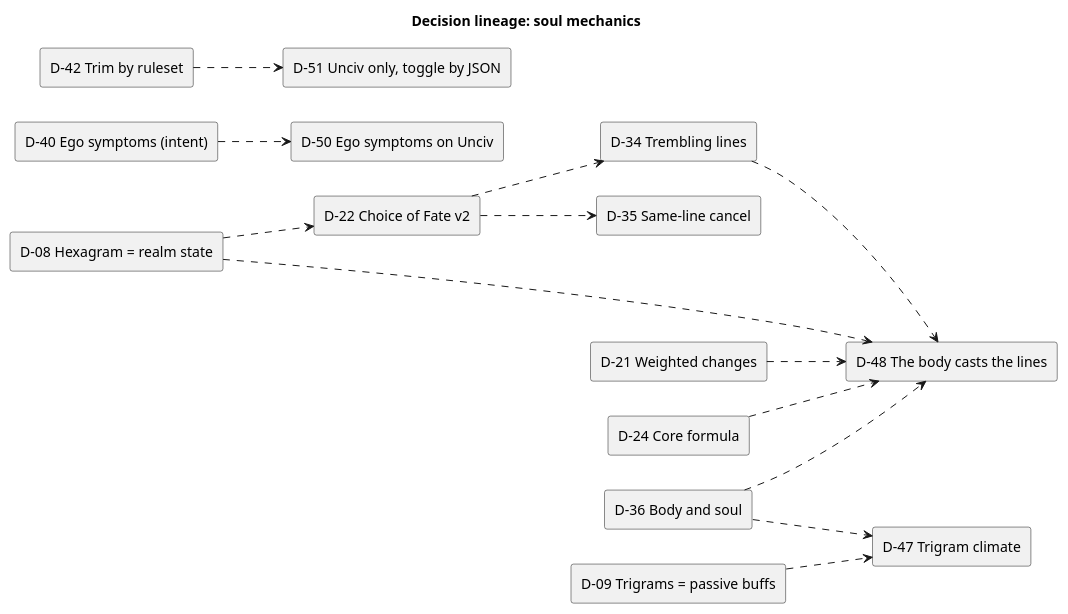
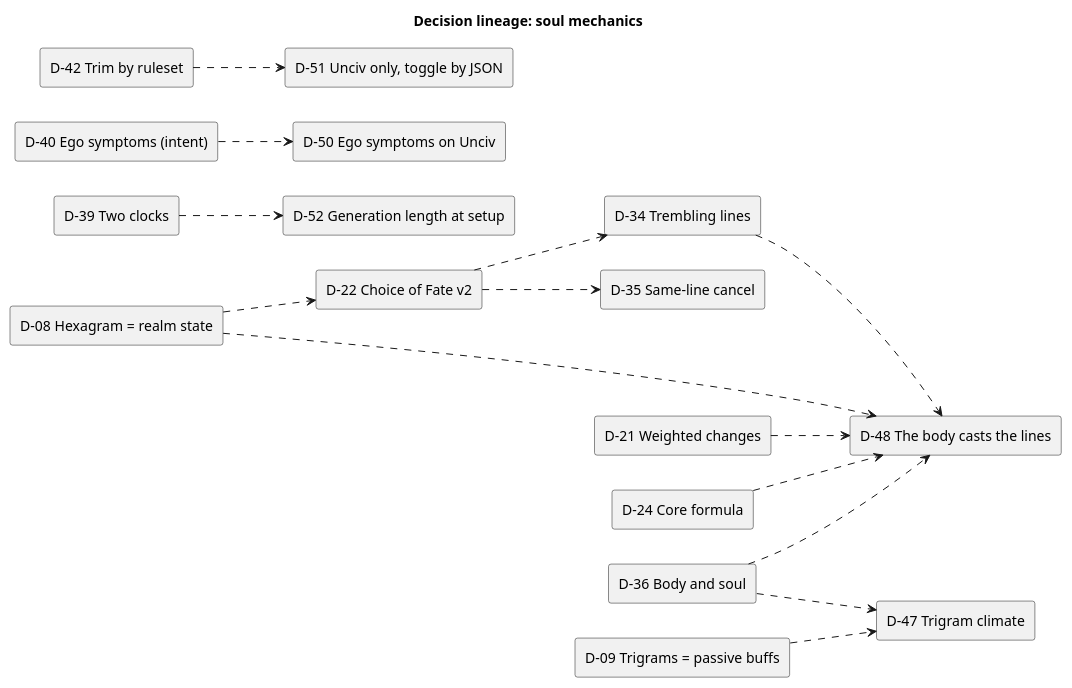
One commit to zzt108/Syntropy changed the diagram in .doc/26-11-17 Game design brainstorming/diagrams/22-decision-lineage-soul.puml. Above: the diagram before and after it, drawn with PlantUML. The commit also changed 4 other files, not shown here.

First line of the commit message:
Make generation length a setup option; explain the pressure reset

```diff
--- a/.doc/26-11-17 Game design brainstorming/diagrams/22-decision-lineage-soul.puml
+++ b/.doc/26-11-17 Game design brainstorming/diagrams/22-decision-lineage-soul.puml
@@ -1,33 +1,36 @@
 @startuml
 ' What: how the soul-mechanics decisions were refined by later ones (all "Refined by" notes in §3).
 ' Shows: older decision -> the decision that refined it. D-48 (the body casts the lines) refines the most.
-' Source: brainstorming-base.md §3, "Refined by" notes of D-08, D-09, D-21, D-22, D-24, D-34, D-36, D-40, D-42.
+' Source: brainstorming-base.md §3, "Refined by" notes of D-08, D-09, D-21, D-22, D-24, D-34, D-36, D-39, D-40, D-42.
 title Decision lineage: soul mechanics
 left to right direction
 rectangle "D-08 Hexagram = realm state" as D08
 rectangle "D-09 Trigrams = passive buffs" as D09
 rectangle "D-21 Weighted changes" as D21
 rectangle "D-22 Choice of Fate v2" as D22
 rectangle "D-24 Core formula" as D24
 rectangle "D-34 Trembling lines" as D34
 rectangle "D-35 Same-line cancel" as D35
 rectangle "D-36 Body and soul" as D36
+rectangle "D-39 Two clocks" as D39
+rectangle "D-52 Generation length at setup" as D52
 rectangle "D-40 Ego symptoms (intent)" as D40
 rectangle "D-42 Trim by ruleset" as D42
 rectangle "D-47 Trigram climate" as D47
 rectangle "D-48 The body casts the lines" as D48
 rectangle "D-50 Ego symptoms on Unciv" as D50
 rectangle "D-51 Unciv only, toggle by JSON" as D51
 D08 ..> D22
 D08 ..> D48
 D09 ..> D47
 D21 ..> D48
 D22 ..> D34
 D22 ..> D35
 D24 ..> D48
 D34 ..> D48
 D36 ..> D47
 D36 ..> D48
+D39 ..> D52
 D40 ..> D50
 D42 ..> D51
 @enduml
```
